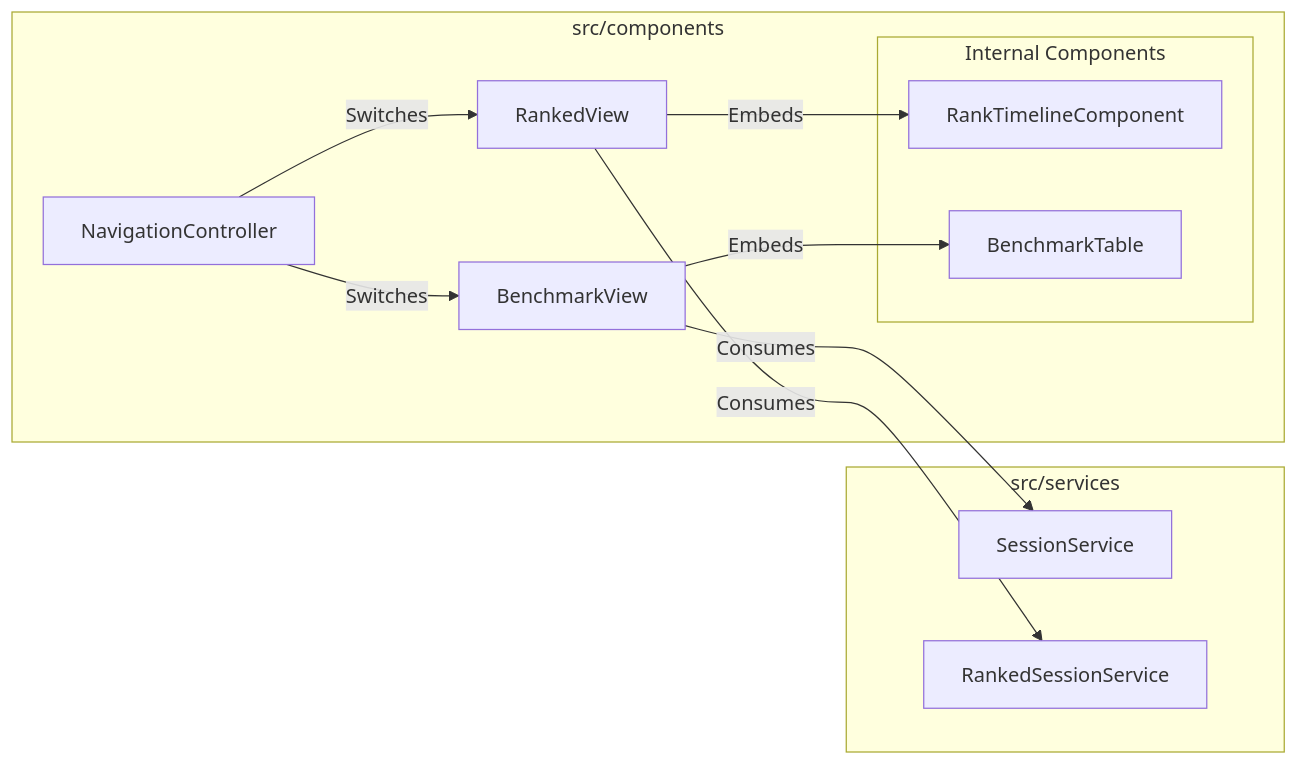
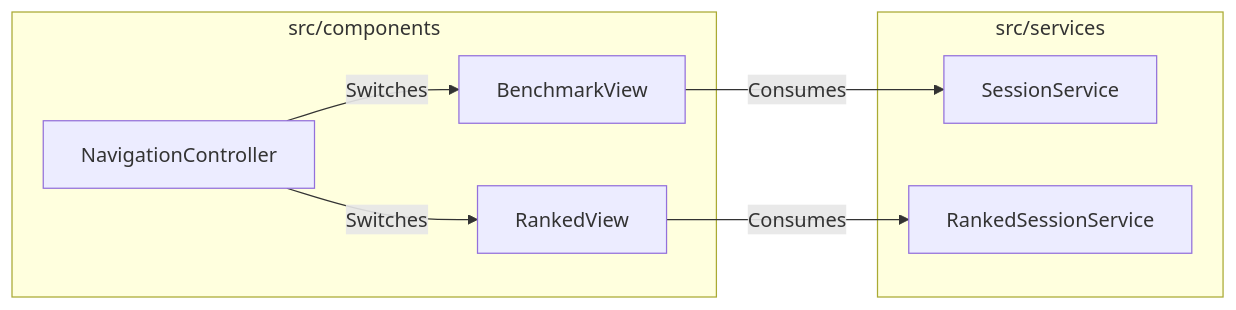
The first of 2 diagrams in src/components/_docs.md (H1410101/raw_output), drawn with Mermaid before and after one commit. The commit also changed other lines of this file and 7 other files, not shown here.

Commit message:
docs: finalize embedded documentation structure with internal interaction diagrams

````diff
--- a/src/components/_docs.md
+++ b/src/components/_docs.md
@@ -5,27 +5,19 @@
 ```mermaid
 graph LR
     subgraph "src/components"
         NavigationController
         RankedView
         BenchmarkView
-        
-        subgraph "Internal Components"
-             RankTimelineComponent
-             BenchmarkTable
-        end
     end
 
     subgraph "src/services"
         SessionService
         RankedSessionService
     end
 
     NavigationController -->|Switches| RankedView
     NavigationController -->|Switches| BenchmarkView
     
     RankedView -->|Consumes| RankedSessionService
-    RankedView -->|Embeds| RankTimelineComponent
-    
     BenchmarkView -->|Consumes| SessionService
-    BenchmarkView -->|Embeds| BenchmarkTable
 ```
````
